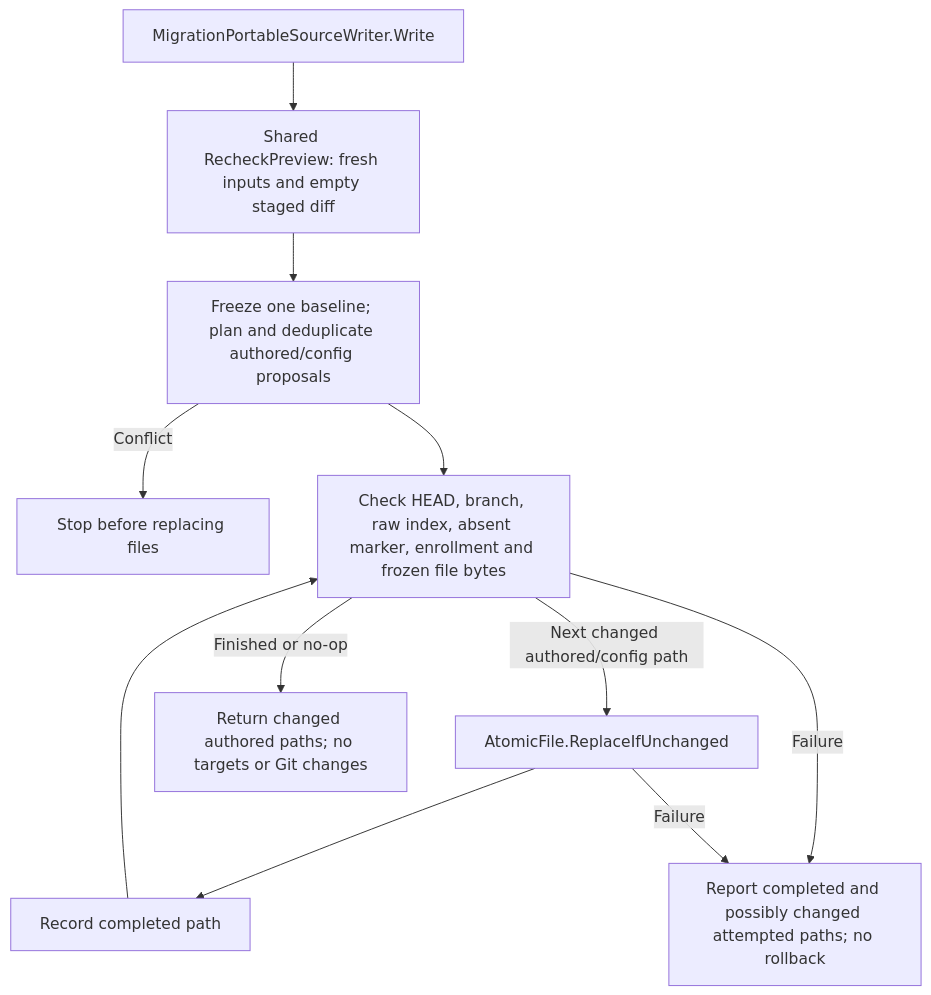
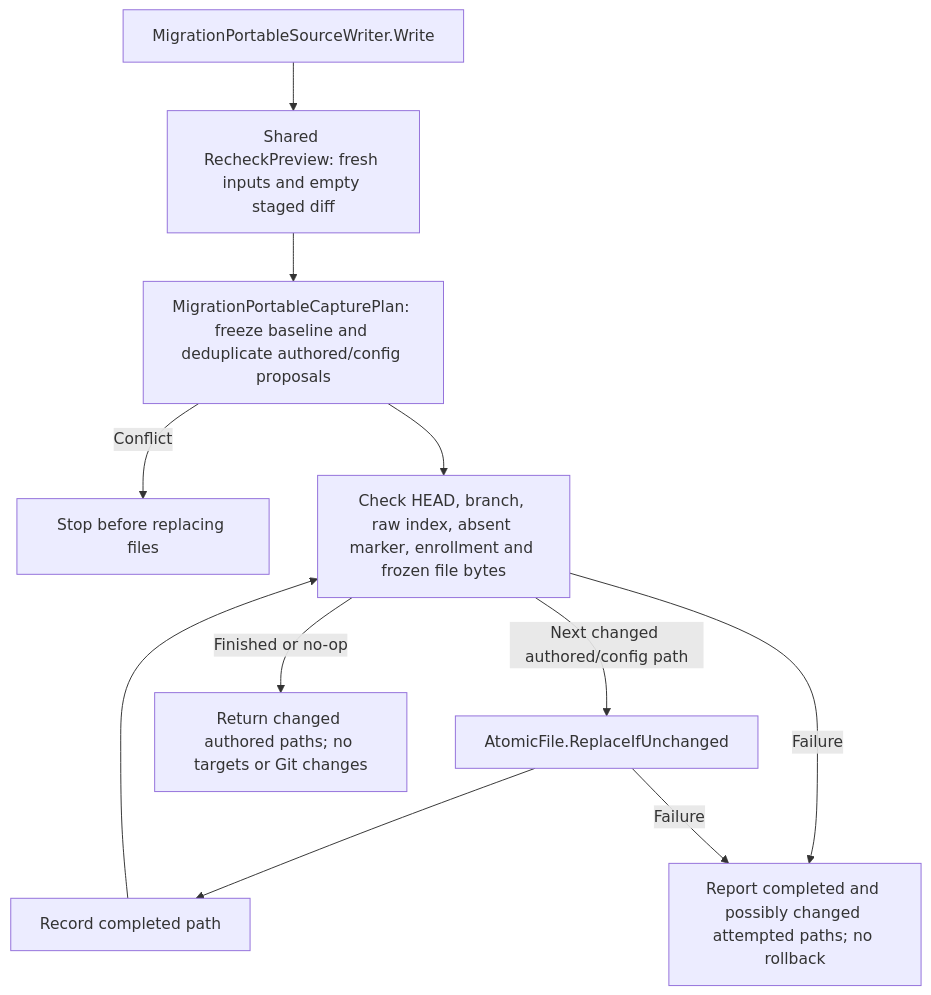
One commit to ferrywlto/ai-env-as-code changed diagram 13 of 19 in docs/architecture.md. Above: the diagram before and after it, drawn with Mermaid. The commit also changed other lines of this file and 6 other files, not shown here.

Commit message:
feat(migration): regenerate combined portable targets

````diff
--- a/docs/architecture.md
+++ b/docs/architecture.md
@@ -408,13 +408,13 @@
 ```mermaid
 flowchart TD
     Reviewed[MigrationPortableSourceWriter.Write] --> Recheck[Shared RecheckPreview: fresh inputs and empty staged diff]
-    Recheck --> Plan[Freeze one baseline; plan and deduplicate authored/config proposals]
+    Recheck --> Plan[MigrationPortableCapturePlan: freeze baseline and deduplicate authored/config proposals]
     Plan -->|Conflict| Stop[Stop before replacing files]
     Plan --> Verify[Check HEAD, branch, raw index, absent marker, enrollment and frozen file bytes]
     Verify -->|Next changed authored/config path| Atomic[AtomicFile.ReplaceIfUnchanged]
     Atomic --> Record[Record completed path]
     Record --> Verify
     Verify -->|Finished or no-op| Paths[Return changed authored paths; no targets or Git changes]
     Verify -->|Failure| Partial[Report completed and possibly changed attempted paths; no rollback]
     Atomic -->|Failure| Partial
 ```
````
